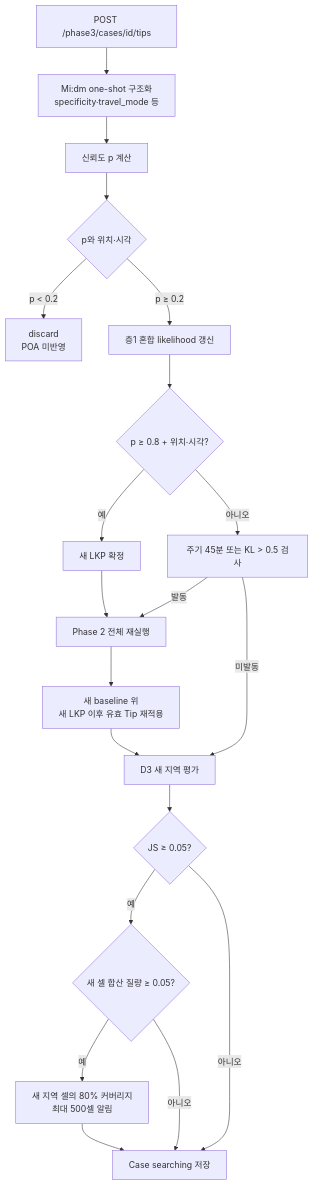
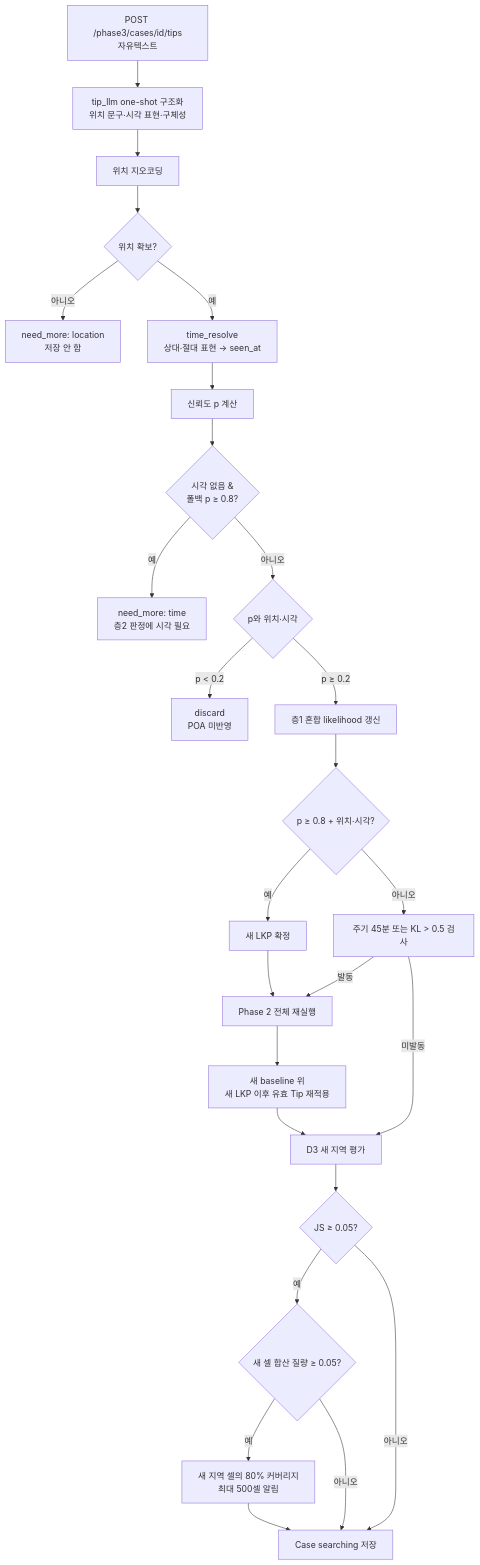
One commit to Donghaeng-AI-ROOKIE/Come-back-home changed the ninth of 12 diagrams in docs/IMPLEMENTATION_ARCHITECTURE.md. Above: the diagram before and after it, drawn with Mermaid. The commit also changed other lines of this file and 5 other files, not shown here.

First line of the commit message:
docs: md 전수 최신화 — tip_llm 분리·되묻기 게이트·시각 변환·기준표 보완 반영

````diff
--- a/docs/IMPLEMENTATION_ARCHITECTURE.md
+++ b/docs/IMPLEMENTATION_ARCHITECTURE.md
@@ -498,22 +502,28 @@
 ```mermaid
 flowchart TD
-    IN["POST /phase3/cases/id/tips"] --> MIDM["Mi:dm one-shot 구조화<br/>specificity·travel_mode 등"]
-    MIDM --> P["신뢰도 p 계산"]
-    P --> CLASS{"p와 위치·시각"}
+    IN["POST /phase3/cases/id/tips<br/>자유텍스트"] --> LLM["tip_llm one-shot 구조화<br/>위치 문구·시각 표현·구체성"]
+    LLM --> GC["위치 지오코딩"]
+    GC --> HASLOC{"위치 확보?"}
+    HASLOC -- "아니오" --> RA1["need_more: location<br/>저장 안 함"]
+    HASLOC -- "예" --> TR["time_resolve<br/>상대·절대 표현 → seen_at"]
+    TR --> P["신뢰도 p 계산"]
+    P --> RAQ{"시각 없음 &<br/>폴백 p ≥ 0.8?"}
+    RAQ -- "예" --> RA2["need_more: time<br/>층2 판정에 시각 필요"]
+    RAQ -- "아니오" --> CLASS{"p와 위치·시각"}
     CLASS -- "p < 0.2" --> DISCARD["discard<br/>POA 미반영"]
     CLASS -- "p ≥ 0.2" --> L1["층1 혼합 likelihood 갱신"]
     L1 --> L2Q{"p ≥ 0.8 + 위치·시각?"}
     L2Q -- "예" --> L2["새 LKP 확정"]
     L2 --> RERUN["Phase 2 전체 재실행"]
     L2Q -- "아니오" --> CHECK["주기 45분 또는 KL > 0.5 검사"]
     CHECK -- "발동" --> RERUN
     CHECK -- "미발동" --> D3
     RERUN --> REAPPLY["새 baseline 위<br/>새 LKP 이후 유효 Tip 재적용"]
     REAPPLY --> D3["D3 새 지역 평가"]
     D3 --> JS{"JS ≥ 0.05?"}
     JS -- "예" --> MASS{"새 셀 합산 질량 ≥ 0.05?"}
     MASS -- "예" --> ALERT["새 지역 셀의 80% 커버리지<br/>최대 500셀 알림"]
     MASS -- "아니오" --> SAVE
     JS -- "아니오" --> SAVE["Case searching 저장"]
     ALERT --> SAVE
 ```
````
